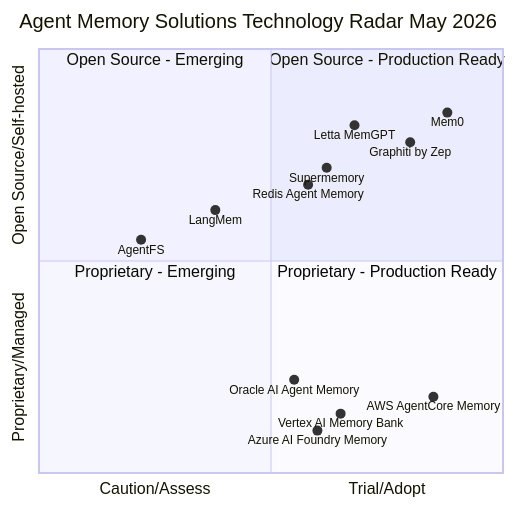
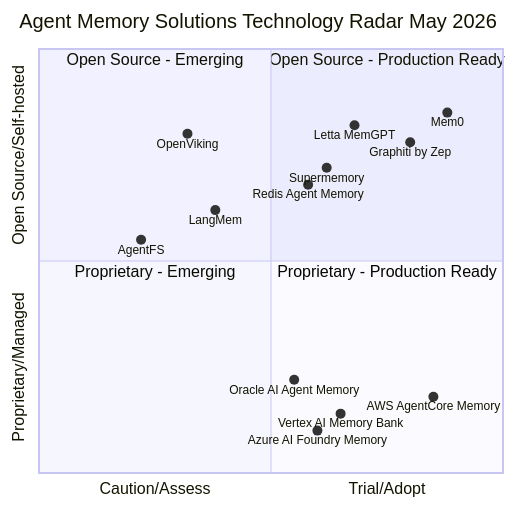
Before and after one commit to ankurkumarz/agentic-ai-knowledge-base: the diagram in docs/AgentMemory/solutions.md, drawn with Mermaid. The commit also changed other lines of this file and 1 other file, not shown here.

First line of the commit message:
Add OpenViking to agent memory solutions radar

````diff
--- a/docs/AgentMemory/solutions.md
+++ b/docs/AgentMemory/solutions.md
@@ -22,21 +22,22 @@
 ```mermaid
 quadrantChart
     title Agent Memory Solutions Technology Radar May 2026
     x-axis Caution/Assess --> Trial/Adopt
     y-axis Proprietary/Managed --> Open Source/Self-hosted
     quadrant-1 Open Source - Production Ready
     quadrant-2 Open Source - Emerging
     quadrant-3 Proprietary - Emerging
     quadrant-4 Proprietary - Production Ready
     Mem0: [0.88, 0.85]
     Graphiti by Zep: [0.80, 0.78]
     Letta MemGPT: [0.68, 0.82]
     Supermemory: [0.62, 0.72]
     Redis Agent Memory: [0.58, 0.68]
     LangMem: [0.38, 0.62]
     AgentFS: [0.22, 0.55]
+    OpenViking: [0.32, 0.80]
     AWS AgentCore Memory: [0.85, 0.18]
     Vertex AI Memory Bank: [0.65, 0.14]
     Azure AI Foundry Memory: [0.60, 0.10]
     Oracle AI Agent Memory: [0.55, 0.22]
 ```
````
